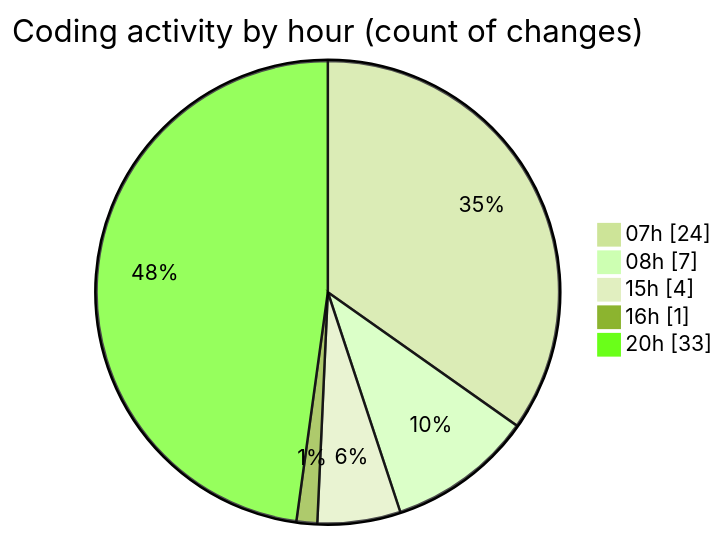
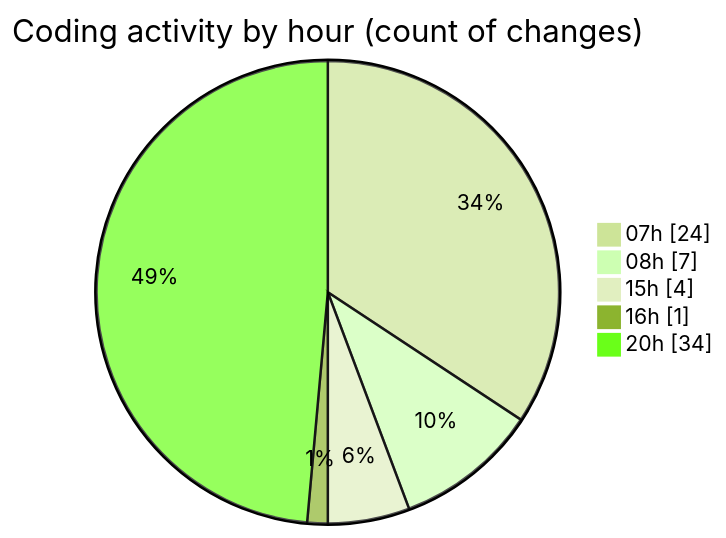
Before and after one commit to robertbonfada/code-tracking: the second of 2 diagrams in 2025-03-10/mbc-web/README.md, drawn with Mermaid (forest theme). The commit also changed other lines of this file and 1 other file, not shown here.

````diff
--- a/2025-03-10/mbc-web/README.md
+++ b/2025-03-10/mbc-web/README.md
@@ -53,9 +53,9 @@
 ```mermaid
 pie showData
 title Coding activity by hour (count of changes)
 "07h" : 24
 "08h" : 7
 "15h" : 4
 "16h" : 1
-"20h" : 33
+"20h" : 34
 ```
````
